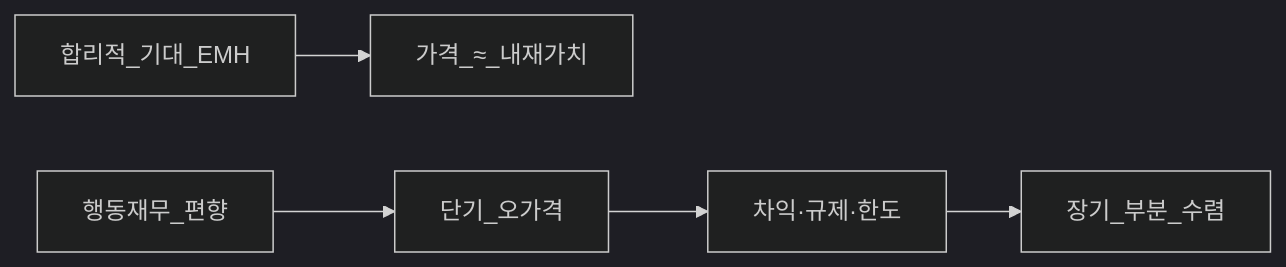
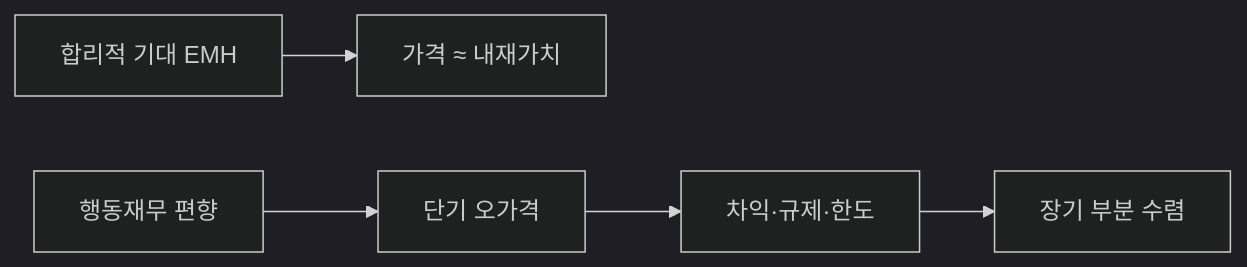
One commit to goldanghenry/Finances changed the second of 2 diagrams in 08-advanced/market-efficiency-emh.md. Above: the diagram before and after it, drawn with Mermaid (dark theme). The commit also changed other lines of this file and 211 other files, not shown here.

````diff
--- a/08-advanced/market-efficiency-emh.md
+++ b/08-advanced/market-efficiency-emh.md
@@ -251,7 +267,7 @@
 ```mermaid
 flowchart LR
-  Rat[합리적_기대_EMH] --> Price1[가격_≈_내재가치]
-  Beh[행동재무_편향] --> Misprice[단기_오가격]
+  Rat["합리적 기대 EMH"] --> Price1["가격 ≈ 내재가치"]
+  Beh["행동재무 편향"] --> Misprice["단기 오가격"]
   Misprice --> Arb[차익·규제·한도]
-  Arb --> Price2[장기_부분_수렴]
+  Arb --> Price2["장기 부분 수렴"]
 ```
````
